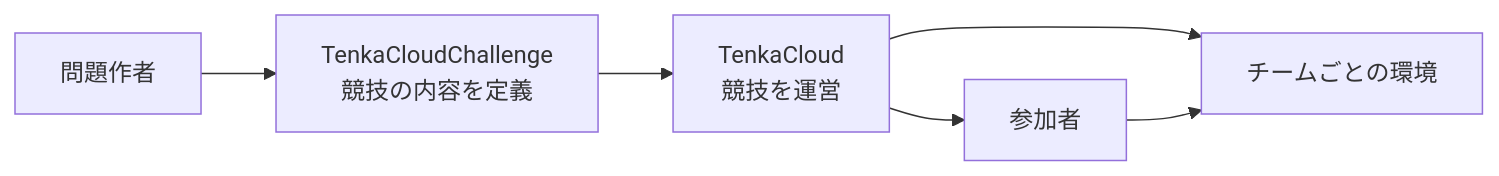
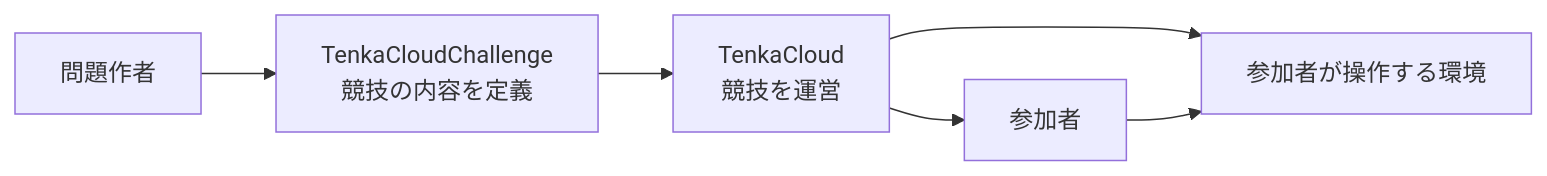
The second of 3 diagrams in books/cloud-competition/chapter1.md (susumutomita/zenn-article), drawn with Mermaid before and after one commit. The commit also changed other lines of this file and 17 other files, not shown here.

````diff
--- a/books/cloud-competition/chapter1.md
+++ b/books/cloud-competition/chapter1.md
@@ -76,14 +43,14 @@
 ```mermaid
 flowchart LR
     Author["問題作者"]
     Catalog["TenkaCloudChallenge<br/>競技の内容を定義"]
     Platform["TenkaCloud<br/>競技を運営"]
-    Environment["チームごとの環境"]
+    Environment["参加者が操作する環境"]
     Participant["参加者"]
 
     Author --> Catalog
     Catalog --> Platform
     Platform --> Environment
     Platform --> Participant
     Participant --> Environment
 ```
````
